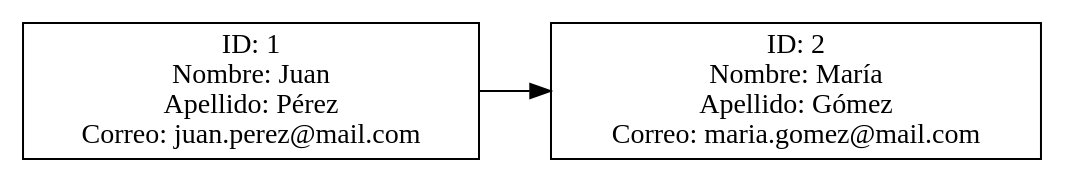
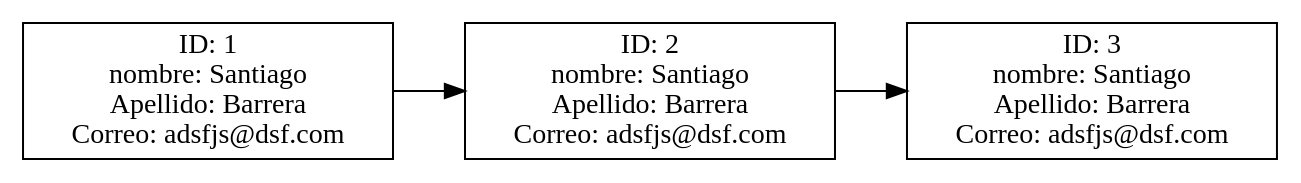
Before and after one commit to Santiago78op/EDD_1S2025_201905884: the diagram in Fase_1/AutoGestPro/AutoGestPro/bin/Debug/net9.0/reporte_Usuarios.dot, drawn with Graphviz. The commit also changed 34 other files, not shown here.

```diff
--- a/Fase_1/AutoGestPro/AutoGestPro/bin/Debug/net9.0/reporte_Usuarios.dot
+++ b/Fase_1/AutoGestPro/AutoGestPro/bin/Debug/net9.0/reporte_Usuarios.dot
@@ -1,7 +1,9 @@
 digraph G {
 node [shape=box];
 rankdir=LR;
-C1 [label="ID: 1\nNombre: Juan\nApellido: Pérez\nCorreo: juan.perez@mail.com"];
-C2 [label="ID: 2\nNombre: María\nApellido: Gómez\nCorreo: maria.gomez@mail.com"];
+C1 [label="ID: 1\nnombre: Santiago\nApellido: Barrera\nCorreo: adsfjs@dsf.com"];
+C2 [label="ID: 2\nnombre: Santiago\nApellido: Barrera\nCorreo: adsfjs@dsf.com"];
 C1 -> C2;
+C3 [label="ID: 3\nnombre: Santiago\nApellido: Barrera\nCorreo: adsfjs@dsf.com"];
+C2 -> C3;
 }
```
